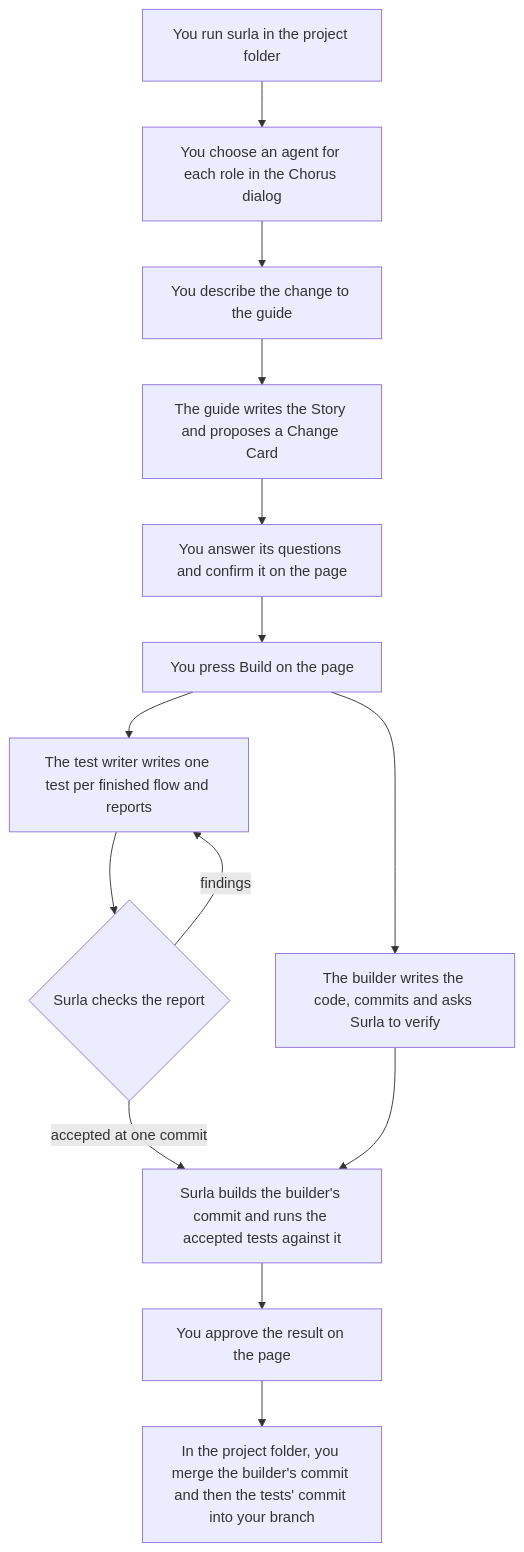
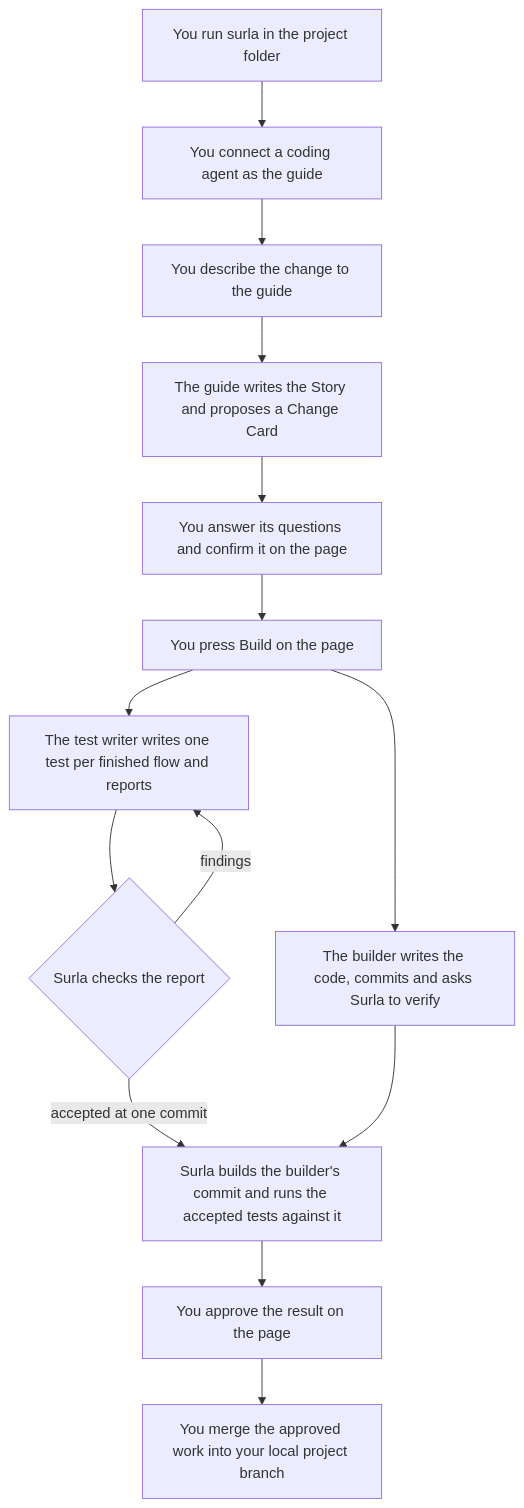
The diagram in docs/HOW_IT_WORKS.md (goadesign/highbay), drawn with Mermaid before and after one commit. The commit also changed other lines of this file and 3 other files, not shown here.

Commit message:
Document project startup and agent lifecycle

````diff
--- a/docs/HOW_IT_WORKS.md
+++ b/docs/HOW_IT_WORKS.md
@@ -79,16 +79,16 @@
 ```mermaid
 flowchart TD
-    A["You run surla in the project folder"] --> B["You choose an agent for each role in the Chorus dialog"]
+    A["You run surla in the project folder"] --> B["You connect a coding agent as the guide"]
     B --> C["You describe the change to the guide"]
     C --> D["The guide writes the Story and proposes a Change Card"]
     D --> E["You answer its questions and confirm it on the page"]
     E --> F["You press Build on the page"]
     F --> G["The test writer writes one test per finished flow and reports"]
     G --> H{"Surla checks the report"}
     H -->|"findings"| G
     H -->|"accepted at one commit"| J["Surla builds the builder's commit and runs the accepted tests against it"]
     F --> I["The builder writes the code, commits and asks Surla to verify"]
     I --> J
     J --> K["You approve the result on the page"]
-    K --> L["In the project folder, you merge the builder's commit and then the tests' commit into your branch"]
+    K --> L["You merge the approved work into your local project branch"]
 ```
````
